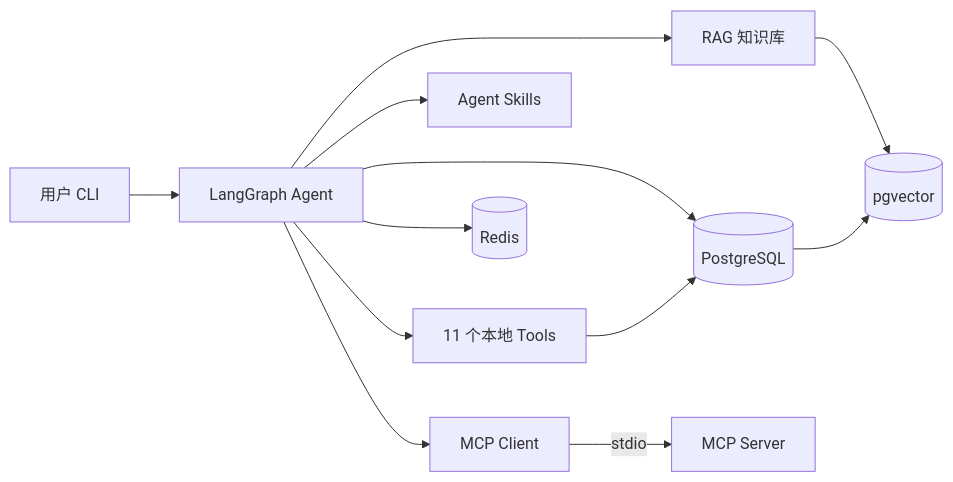
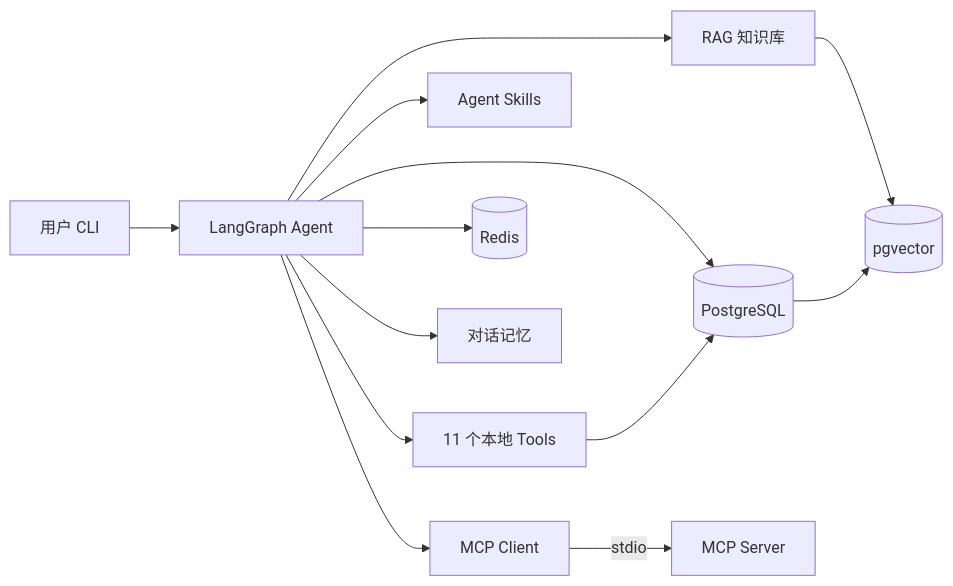
Before and after one commit to non-precipitating-cloud/ai-data-analyst-agent: the first of 2 diagrams in README.md, drawn with Mermaid. The commit also changed other lines of this file and 48 other files, not shown here.

````diff
--- a/README.md
+++ b/README.md
@@ -48,14 +58,15 @@
 ```mermaid
 flowchart LR
     User[用户 CLI] --> Agent[LangGraph Agent]
     Agent --> Tools[11 个本地 Tools]
     Agent --> Skills[Agent Skills]
     Agent --> RAG[RAG 知识库]
     Agent --> MCPC[MCP Client]
     Agent --> DB[(PostgreSQL)]
     Agent --> RD[(Redis)]
+    Agent --> Mem[对话记忆]
     MCPC -->|stdio| MCPS[MCP Server]
     RAG --> PG[(pgvector)]
     Tools --> DB
     DB --> PG
 ```
````
